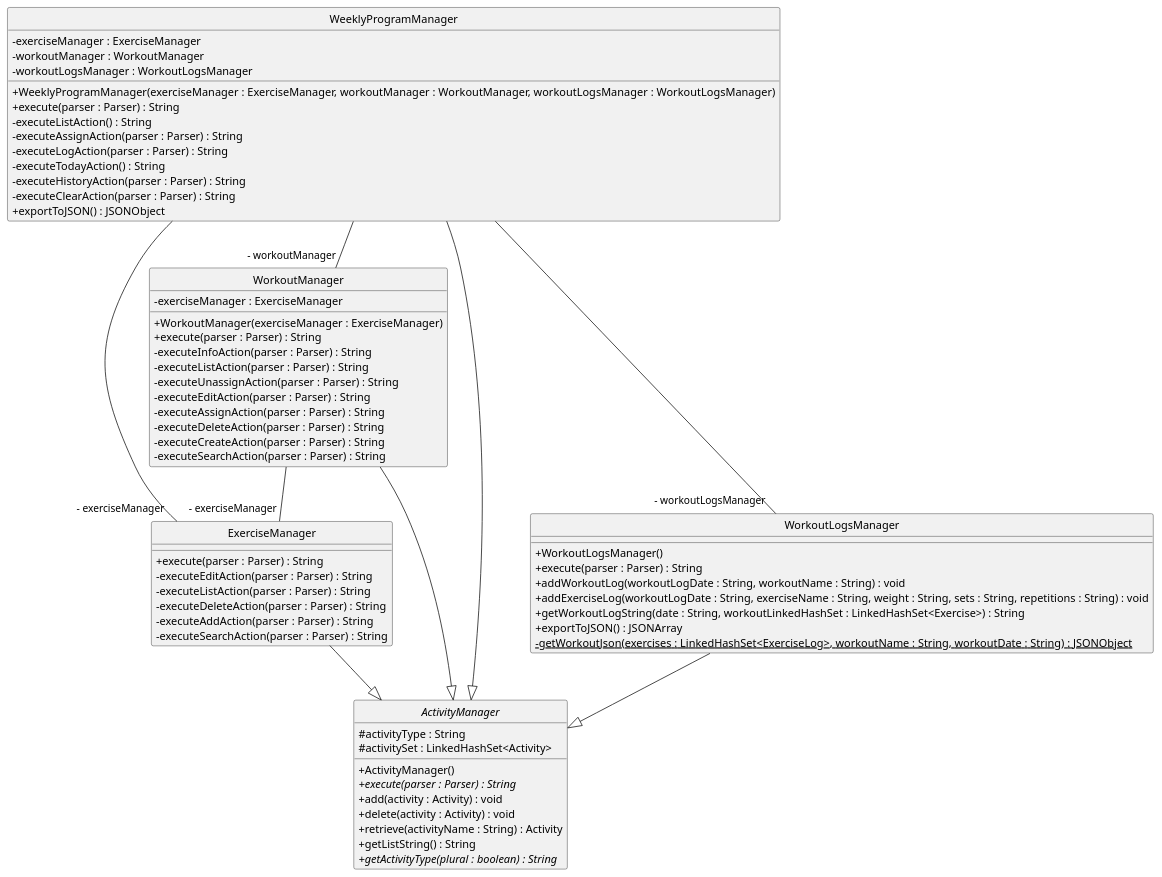
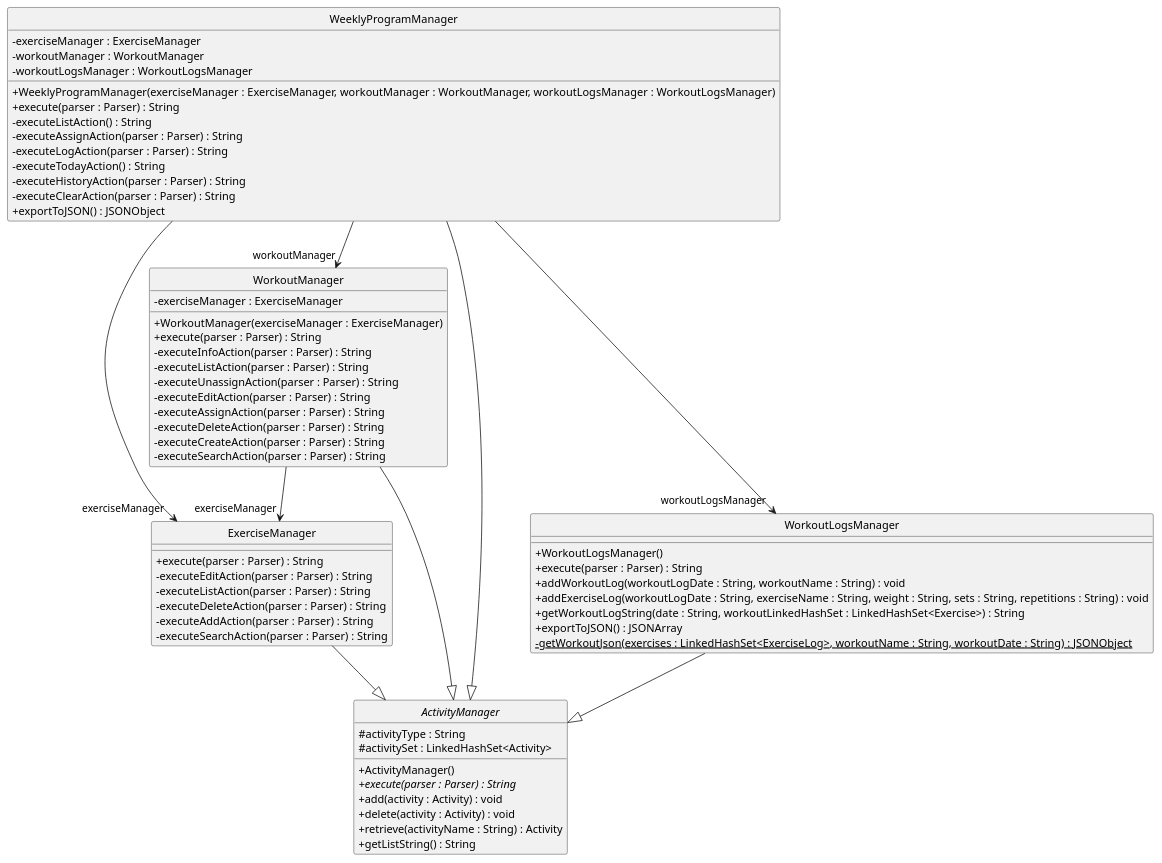
Before and after one commit to joshualeejunyi/tp: the diagram in docs/plantuml/ActivityManagerClassDiagram.puml, drawn with PlantUML. The commit also changed 10 other files, not shown here.

Commit message:
Edit sequence diagrams

```diff
--- a/docs/plantuml/ActivityManagerClassDiagram.puml
+++ b/docs/plantuml/ActivityManagerClassDiagram.puml
@@ -1,69 +1,68 @@
 @startuml
 skinparam classAttributeIconSize 0
 skinparam style strictuml
 hide circle
 
 class ExerciseManager{
 + execute(parser : Parser) : String
 - executeEditAction(parser : Parser) : String
 - executeListAction(parser : Parser) : String
 - executeDeleteAction(parser : Parser) : String
 - executeAddAction(parser : Parser) : String
 - executeSearchAction(parser : Parser) : String
 }
 ExerciseManager --|> ActivityManager
 class WorkoutManager{
 - exerciseManager : ExerciseManager
 + WorkoutManager(exerciseManager : ExerciseManager)
 + execute(parser : Parser) : String
 - executeInfoAction(parser : Parser) : String
 - executeListAction(parser : Parser) : String
 - executeUnassignAction(parser : Parser) : String
 - executeEditAction(parser : Parser) : String
 - executeAssignAction(parser : Parser) : String
 - executeDeleteAction(parser : Parser) : String
 - executeCreateAction(parser : Parser) : String
 - executeSearchAction(parser : Parser) : String
 }
 WorkoutManager --|> ActivityManager
 class WorkoutLogsManager{
 + WorkoutLogsManager()
 + execute(parser : Parser) : String
 + addWorkoutLog(workoutLogDate : String, workoutName : String) : void
 + addExerciseLog(workoutLogDate : String, exerciseName : String, weight : String, sets : String, repetitions : String) : void
 + getWorkoutLogString(date : String, workoutLinkedHashSet : LinkedHashSet<Exercise>) : String
 + exportToJSON() : JSONArray
 - {static} getWorkoutJson(exercises : LinkedHashSet<ExerciseLog>, workoutName : String, workoutDate : String) : JSONObject
 }
 WorkoutLogsManager --|> ActivityManager
 class WeeklyProgramManager{
 - exerciseManager : ExerciseManager
 - workoutManager : WorkoutManager
 - workoutLogsManager : WorkoutLogsManager
 + WeeklyProgramManager(exerciseManager : ExerciseManager, workoutManager : WorkoutManager, workoutLogsManager : WorkoutLogsManager)
 + execute(parser : Parser) : String
 - executeListAction() : String
 - executeAssignAction(parser : Parser) : String
 - executeLogAction(parser : Parser) : String
 - executeTodayAction() : String
 - executeHistoryAction(parser : Parser) : String
 - executeClearAction(parser : Parser) : String
 + exportToJSON() : JSONObject
 }
 WeeklyProgramManager --|> ActivityManager
 abstract class ActivityManager{
 # activityType : String
 # activitySet : LinkedHashSet<Activity>
 + ActivityManager()
 + {abstract} execute(parser : Parser) : String
 + add(activity : Activity) : void
 + delete(activity : Activity) : void
 + retrieve(activityName : String) : Activity
 + getListString() : String
-+ {abstract} getActivityType(plural : boolean) : String
 }
-WorkoutManager--"- exerciseManager" ExerciseManager
-WeeklyProgramManager--"- exerciseManager" ExerciseManager
-WeeklyProgramManager--"- workoutManager" WorkoutManager
-WeeklyProgramManager--"- workoutLogsManager" WorkoutLogsManager
+WorkoutManager-->"exerciseManager" ExerciseManager
+WeeklyProgramManager-->"exerciseManager" ExerciseManager
+WeeklyProgramManager-->"workoutManager" WorkoutManager
+WeeklyProgramManager-->"workoutLogsManager" WorkoutLogsManager
 @enduml
```
